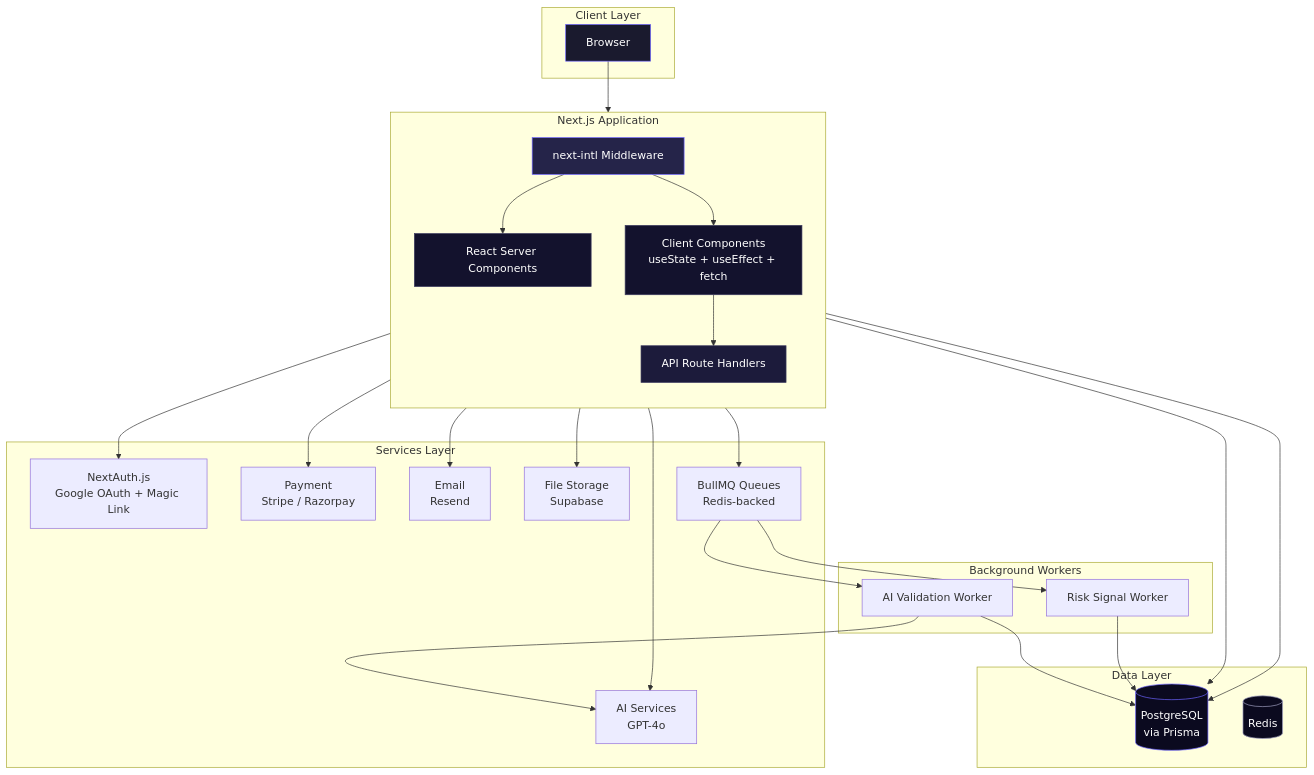
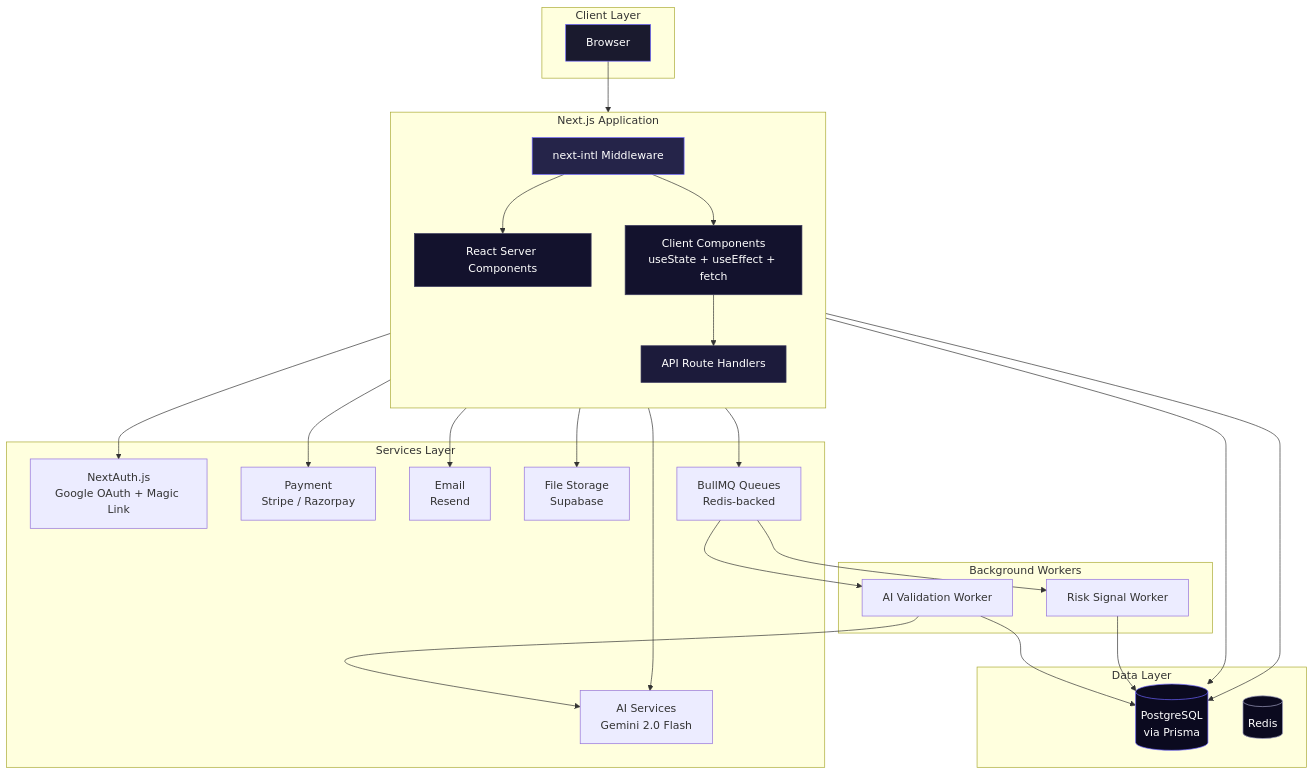
Before and after one commit to Khushi-agarwal1401/TrustFlow: the diagram in README.md, drawn with Mermaid. The commit also changed other lines of this file and 40 other files, not shown here.

````diff
--- a/README.md
+++ b/README.md
@@ -141,59 +141,59 @@
 ```mermaid
 graph TB
     subgraph "Client Layer"
         B[Browser]
     end
 
     subgraph "Next.js Application"
         direction TB
         MW[next-intl Middleware]
         RSC[React Server Components]
         CC[Client Components<br/>useState + useEffect + fetch]
         API[API Route Handlers]
     end
 
     subgraph "Services Layer"
         AUTH[NextAuth.js<br/>Google OAuth + Magic Link]
-        AI[AI Services<br/>GPT-4o]
+        AI[AI Services<br/>Gemini 2.0 Flash]
         PAY[Payment<br/>Stripe / Razorpay]
         EMAIL[Email<br/>Resend]
         STORE[File Storage<br/>Supabase]
         QUEUE[BullMQ Queues<br/>Redis-backed]
     end
 
     subgraph "Background Workers"
         WV[AI Validation Worker]
         RS[Risk Signal Worker]
     end
 
     subgraph "Data Layer"
         DB[(PostgreSQL<br/>via Prisma)]
         REDIS[(Redis)]
     end
 
     B --> MW
     MW --> RSC
     MW --> CC
     CC --> API
     RSC --> DB
     API --> AUTH
     API --> AI
     API --> PAY
     API --> EMAIL
     API --> STORE
     API --> QUEUE
     API --> DB
     QUEUE --> WV
     QUEUE --> RS
     WV --> DB
     WV --> AI
     RS --> DB
 
     style B fill:#1a1a2e,stroke:#6C63FF,color:#fff
     style MW fill:#252449,stroke:#6C63FF,color:#fff
     style RSC fill:#13122D,stroke:#3D3B60,color:#fff
     style CC fill:#13122D,stroke:#3D3B60,color:#fff
     style API fill:#1C1B3B,stroke:#3D3B60,color:#fff
     style DB fill:#0B0A1F,stroke:#6C63FF,color:#fff
     style REDIS fill:#0B0A1F,stroke:#A09FC0,color:#fff
 ```
````
